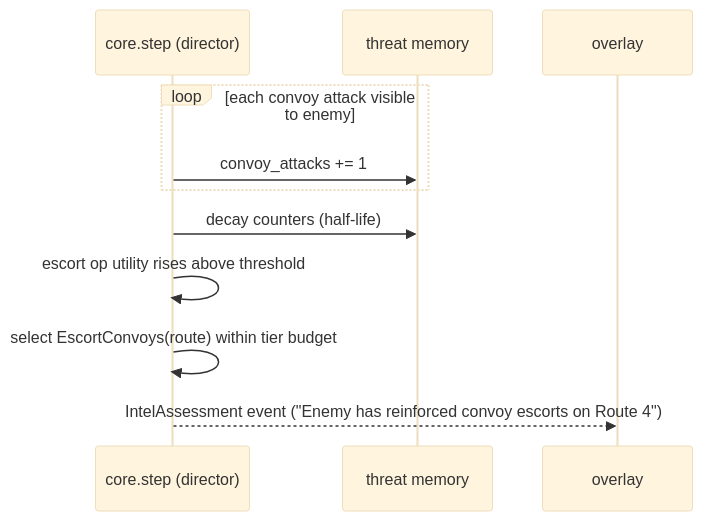
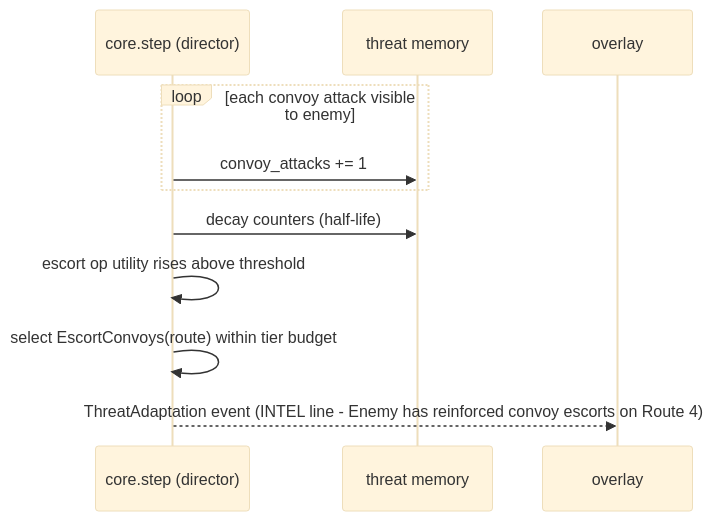
One commit to canthony224/operation-nexus changed diagram 14 of 20 in docs/specs/STATE-MACHINES-AND-FLOWS.md. Above: the diagram before and after it, drawn with Mermaid (base theme). The commit also changed other lines of this file and 9 other files, not shown here.

````diff
--- a/docs/specs/STATE-MACHINES-AND-FLOWS.md
+++ b/docs/specs/STATE-MACHINES-AND-FLOWS.md
@@ -419,13 +428,13 @@
 ```mermaid
 sequenceDiagram
     participant K as core.step (director)
     participant M as threat memory
     participant O as overlay
     loop each convoy attack visible to enemy
         K->>M: convoy_attacks += 1
     end
     K->>M: decay counters (half-life)
     K->>K: escort op utility rises above threshold
     K->>K: select EscortConvoys(route) within tier budget
-    K-->>O: IntelAssessment event ("Enemy has reinforced convoy escorts on Route 4")
+    K-->>O: ThreatAdaptation event (INTEL line - Enemy has reinforced convoy escorts on Route 4)
 ```
````
